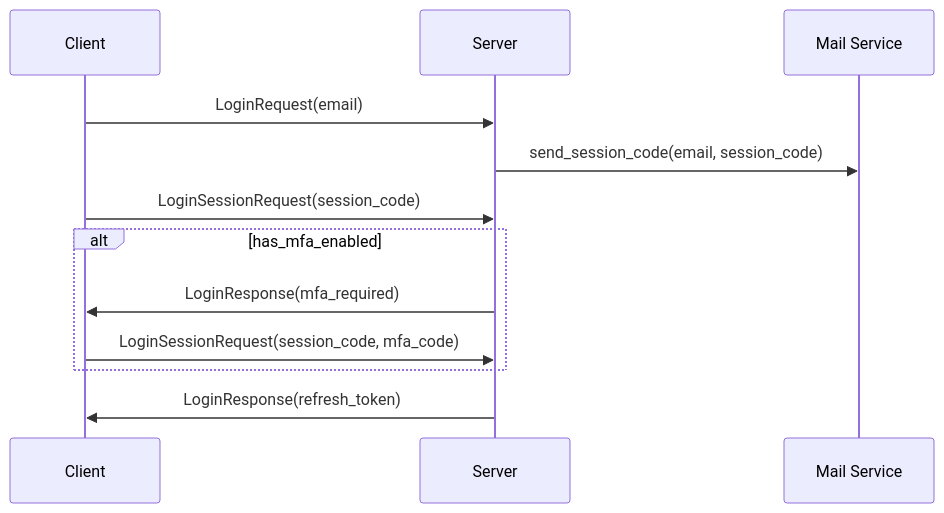
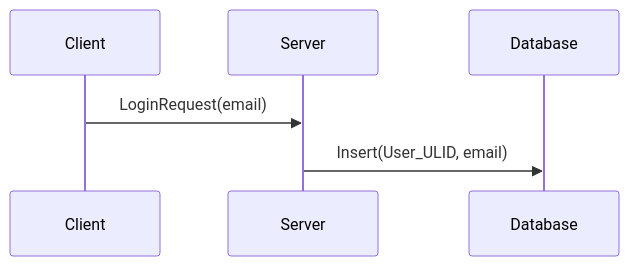
Before and after one commit to adimian/kova: the first of 8 diagrams in kova/authentication/docs.md, drawn with Mermaid. The commit also changed other lines of this file and 1 other file, not shown here.

````diff
--- a/kova/authentication/docs.md
+++ b/kova/authentication/docs.md
@@ -4,11 +4,5 @@
 ```mermaid
 sequenceDiagram
     Client ->> Server: LoginRequest(email)
-    Server ->> Mail Service: send_session_code(email, session_code)
-    Client ->> Server: LoginSessionRequest(session_code)
-    alt has_mfa_enabled
-    Server ->> Client: LoginResponse(mfa_required)
-    Client ->> Server: LoginSessionRequest(session_code, mfa_code)
-    end
-    Server ->> Client: LoginResponse(refresh_token)
+    Server ->> Database: Insert(User_ULID, email)
 ```
````
